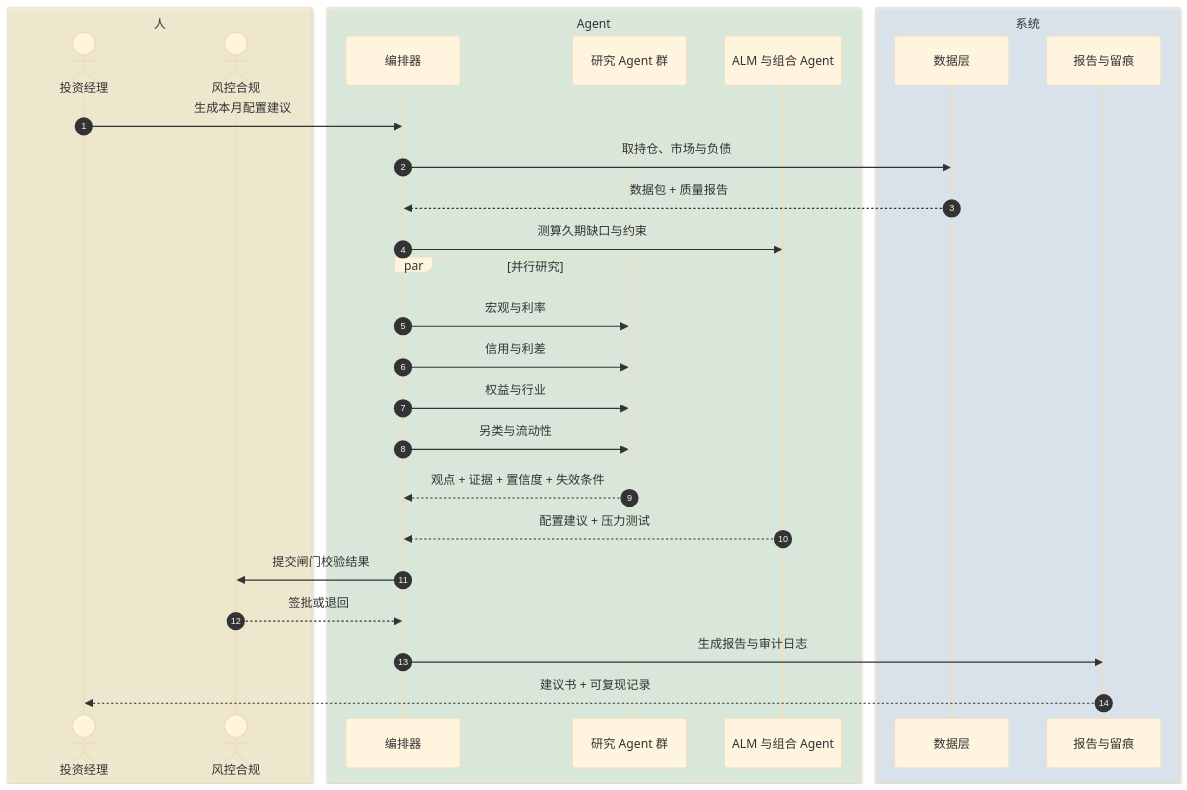
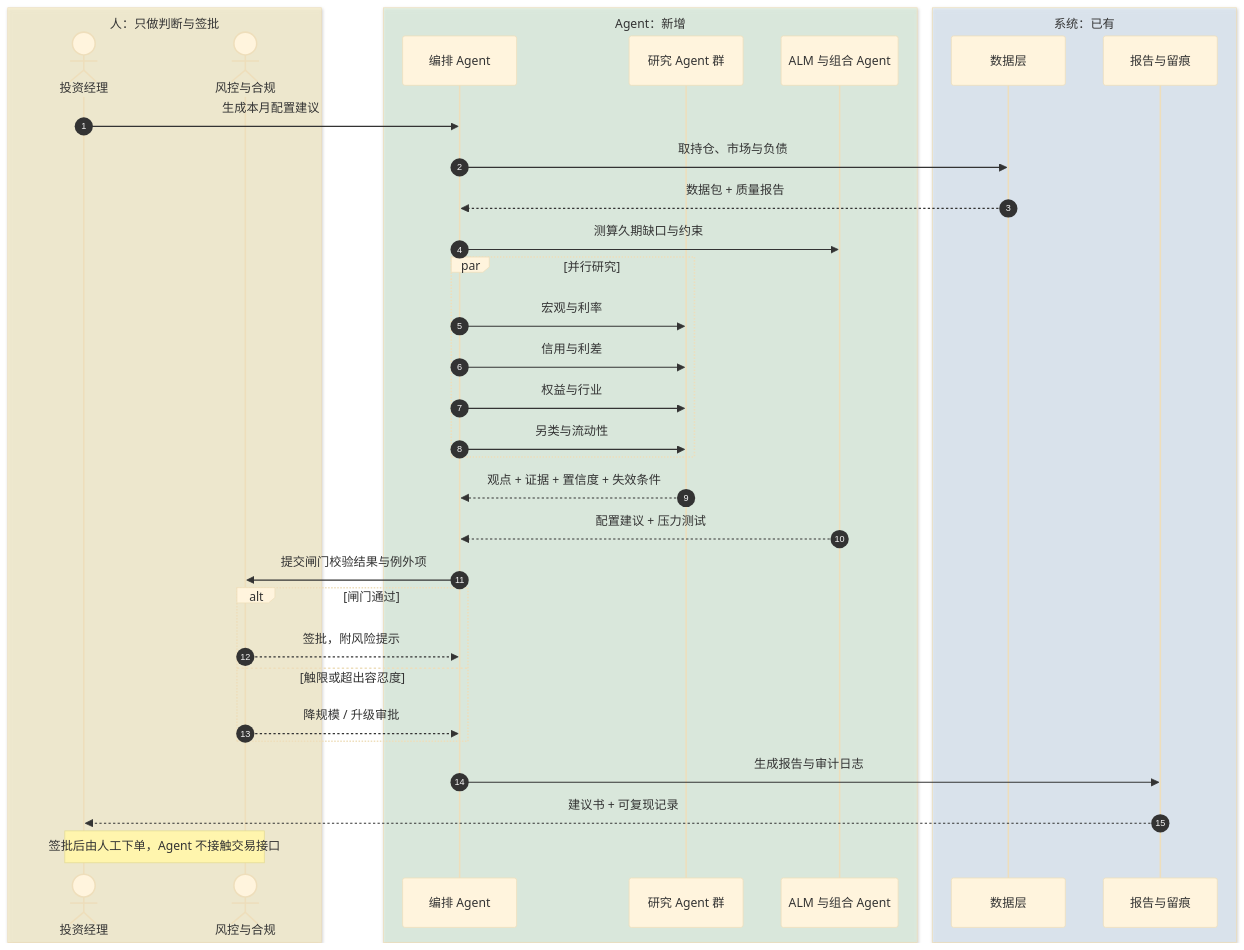
One commit to Aayloo/insurance-am-agent changed the third of 3 diagrams in README.md. Above: the diagram before and after it, drawn with Mermaid (base theme). The commit also changed other lines of this file and 1 other file, not shown here.

First line of the commit message:
docs: add vector hero banner, human-system-agent sequence pair, diagram index

````diff
--- a/README.md
+++ b/README.md
@@ -118,34 +167,39 @@
 ```mermaid
 sequenceDiagram
   autonumber
-  box rgba(253,243,200,0.6) 人
+  box rgba(253,243,200,0.6) 人：只做判断与签批
     actor PM as 投资经理
-    actor RK as 风控合规
+    actor RK as 风控与合规
   end
-  box rgba(221,243,224,0.6) Agent
-    participant OR as 编排器
+  box rgba(221,243,224,0.6) Agent：新增
+    participant OR as 编排 Agent
     participant RS as 研究 Agent 群
     participant AL as ALM 与组合 Agent
   end
-  box rgba(220,235,250,0.6) 系统
+  box rgba(220,235,250,0.6) 系统：已有
     participant DW as 数据层
     participant RP as 报告与留痕
   end
 
   PM->>OR: 生成本月配置建议
   OR->>DW: 取持仓、市场与负债
   DW-->>OR: 数据包 + 质量报告
   OR->>AL: 测算久期缺口与约束
   par 并行研究
     OR->>RS: 宏观与利率
     OR->>RS: 信用与利差
     OR->>RS: 权益与行业
     OR->>RS: 另类与流动性
   end
   RS-->>OR: 观点 + 证据 + 置信度 + 失效条件
   AL-->>OR: 配置建议 + 压力测试
-  OR->>RK: 提交闸门校验结果
-  RK-->>OR: 签批或退回
+  OR->>RK: 提交闸门校验结果与例外项
+  alt 闸门通过
+    RK-->>OR: 签批，附风险提示
+  else 触限或超出容忍度
+    RK-->>OR: 降规模 / 升级审批
+  end
   OR->>RP: 生成报告与审计日志
   RP-->>PM: 建议书 + 可复现记录
+  Note over PM,RK: 签批后由人工下单，Agent 不接触交易接口
 ```
````
